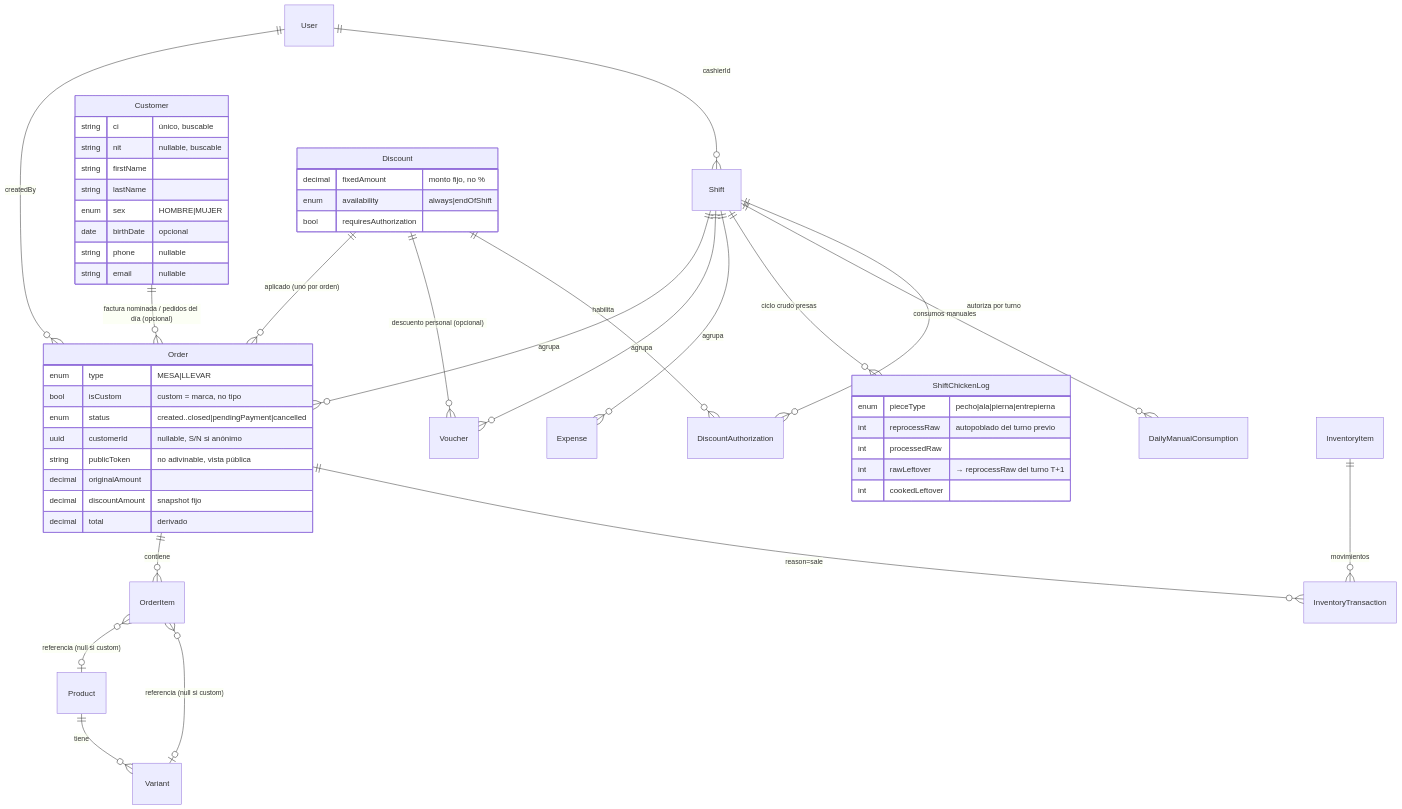
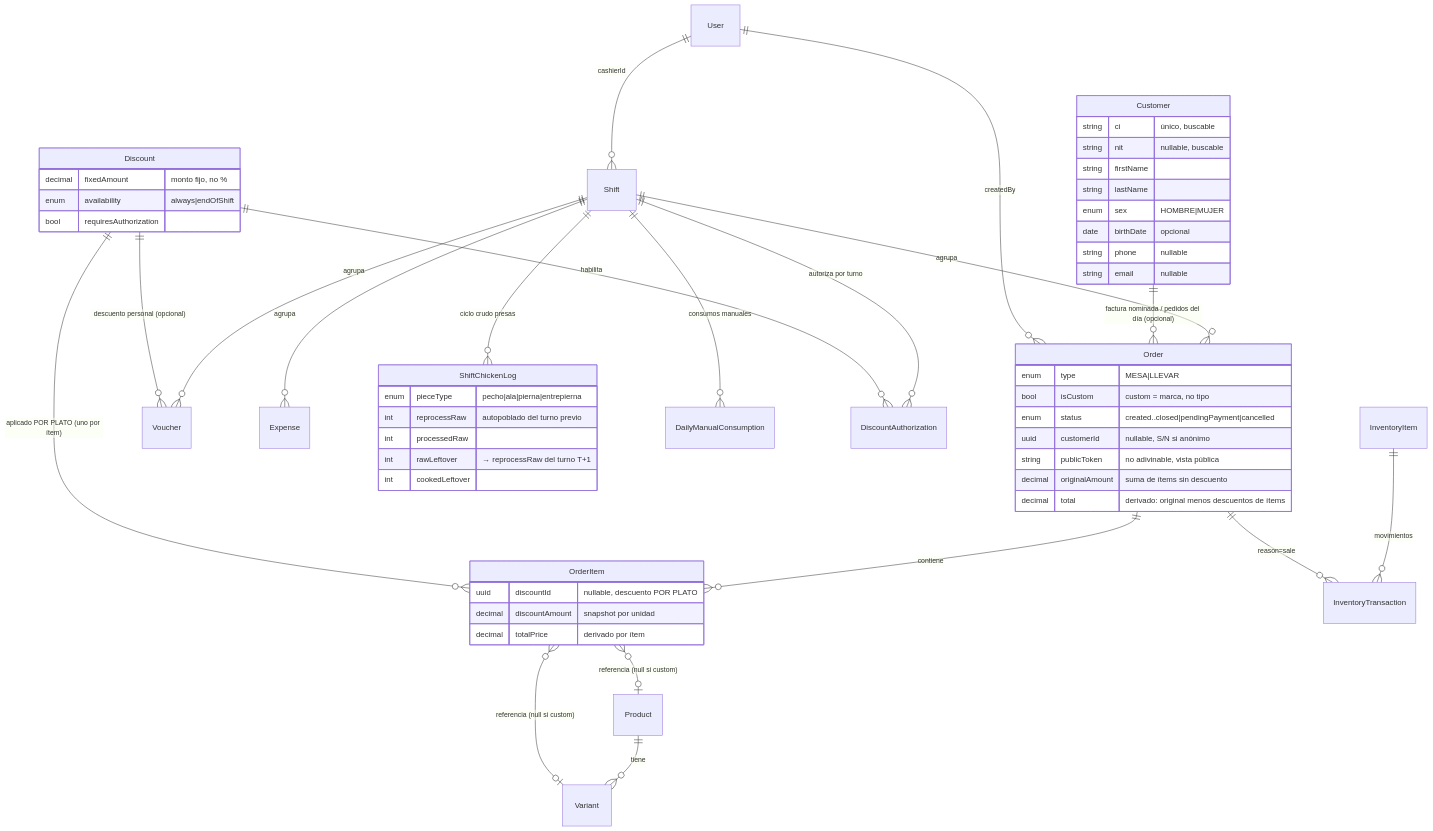
Before and after one commit to Santillan-Reyna-Ariel-Angel/wonderchicken-docs: the first of 2 diagrams in docs/technical_guide.md, drawn with Mermaid. The commit also changed other lines of this file and 6 other files, not shown here.

First line of the commit message:
feat(descuentos): aplicar por plato en una sola llamada

````diff
--- a/docs/technical_guide.md
+++ b/docs/technical_guide.md
@@ -226,54 +228,58 @@
 ```mermaid
 erDiagram
     Product ||--o{ Variant : tiene
     Order ||--o{ OrderItem : contiene
     OrderItem }o--o| Product : "referencia (null si custom)"
     OrderItem }o--o| Variant : "referencia (null si custom)"
     Shift ||--o{ Order : agrupa
     Customer ||--o{ Order : "factura nominada / pedidos del día (opcional)"
     Shift ||--o{ Voucher : agrupa
     Shift ||--o{ Expense : agrupa
     Shift ||--o{ ShiftChickenLog : "ciclo crudo presas"
     Shift ||--o{ DailyManualConsumption : "consumos manuales"
     Shift ||--o{ DiscountAuthorization : "autoriza por turno"
-    Discount ||--o{ Order : "aplicado (uno por orden)"
+    Discount ||--o{ OrderItem : "aplicado POR PLATO (uno por ítem)"
     Discount ||--o{ Voucher : "descuento personal (opcional)"
     Discount ||--o{ DiscountAuthorization : habilita
     InventoryItem ||--o{ InventoryTransaction : "movimientos"
     Order ||--o{ InventoryTransaction : "reason=sale"
     User ||--o{ Order : "createdBy"
     User ||--o{ Shift : "cashierId"
 
     Order {
         enum type "MESA|LLEVAR"
         bool isCustom "custom = marca, no tipo"
         enum status "created..closed|pendingPayment|cancelled"
         uuid customerId "nullable, S/N si anónimo"
         string publicToken "no adivinable, vista pública"
-        decimal originalAmount
-        decimal discountAmount "snapshot fijo"
-        decimal total "derivado"
+        decimal originalAmount "suma de ítems sin descuento"
+        decimal total "derivado: original menos descuentos de ítems"
+    }
+    OrderItem {
+        uuid discountId "nullable, descuento POR PLATO"
+        decimal discountAmount "snapshot por unidad"
+        decimal totalPrice "derivado por ítem"
     }
     Customer {
         string ci "único, buscable"
         string nit "nullable, buscable"
         string firstName
         string lastName
         enum sex "HOMBRE|MUJER"
         date birthDate "opcional"
         string phone "nullable"
         string email "nullable"
     }
     Discount {
         decimal fixedAmount "monto fijo, no %"
         enum availability "always|endOfShift"
         bool requiresAuthorization
     }
     ShiftChickenLog {
         enum pieceType "pecho|ala|pierna|entrepierna"
         int reprocessRaw "autopoblado del turno previo"
         int processedRaw
         int rawLeftover "→ reprocessRaw del turno T+1"
         int cookedLeftover
     }
 ```
````
